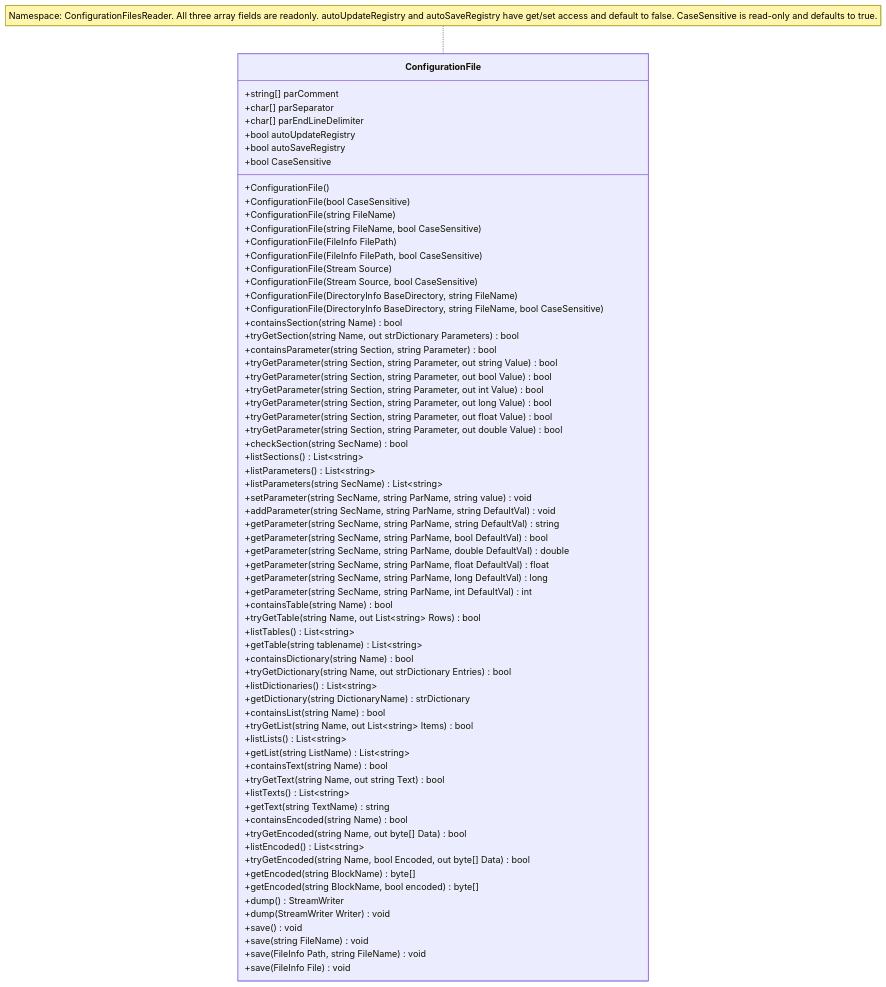
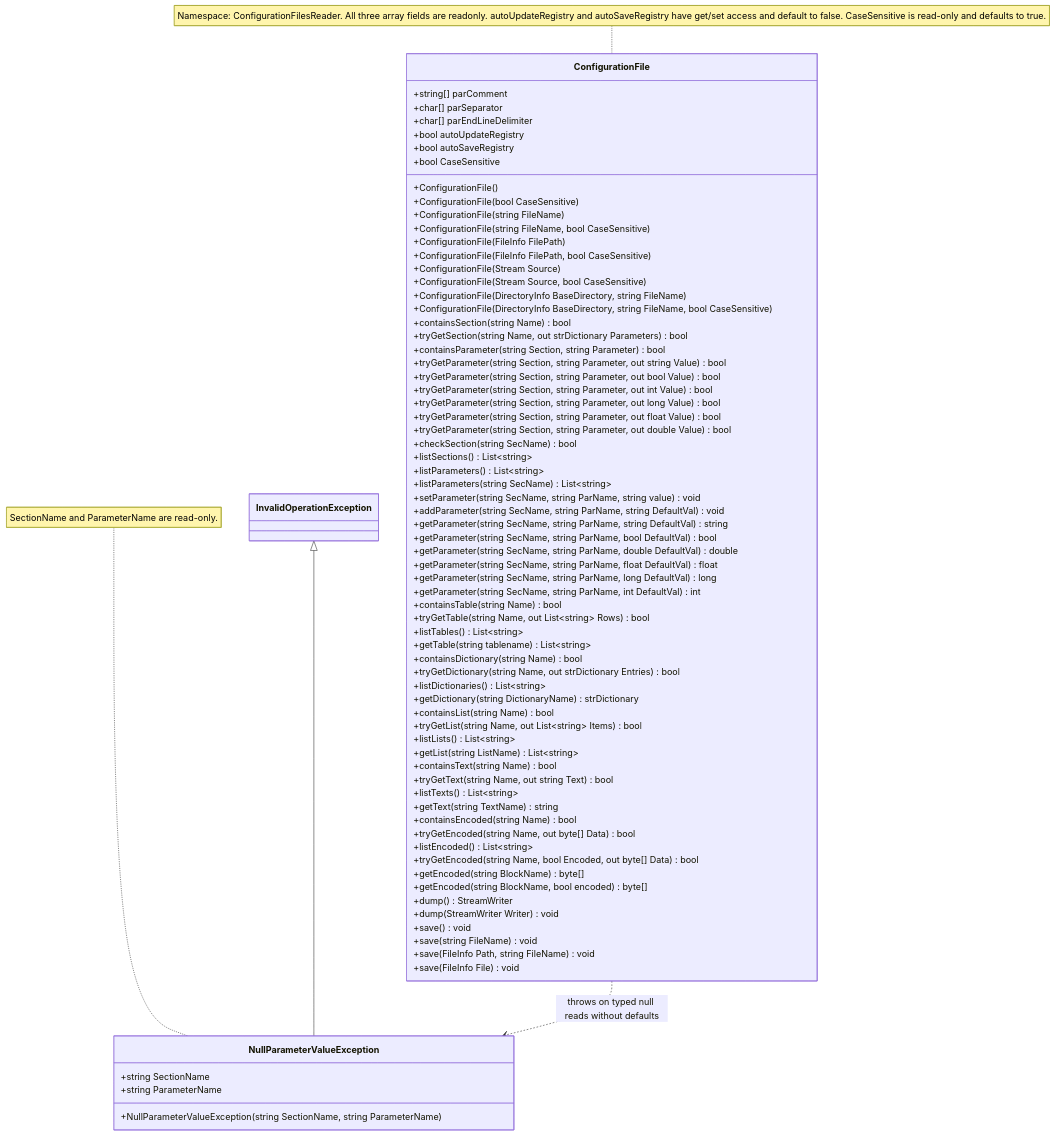
One commit to delloiaconos/IniLike changed the diagram in README.md. Above: the diagram before and after it, drawn with Mermaid. The commit also changed other lines of this file and 4 other files, not shown here.

````diff
--- a/README.md
+++ b/README.md
@@ -367,5 +368,13 @@
         +save(FileInfo Path, string FileName) void
         +save(FileInfo File) void
     }
+    class NullParameterValueException {
+        +string SectionName
+        +string ParameterName
+        +NullParameterValueException(string SectionName, string ParameterName)
+    }
+    InvalidOperationException <|-- NullParameterValueException
+    ConfigurationFile ..> NullParameterValueException : throws on typed null reads without defaults
+    note for NullParameterValueException "SectionName and ParameterName are read-only."
     note for ConfigurationFile "Namespace: ConfigurationFilesReader. All three array fields are readonly. autoUpdateRegistry and autoSaveRegistry have get/set access and default to false. CaseSensitive is read-only and defaults to true."
 ```
````
